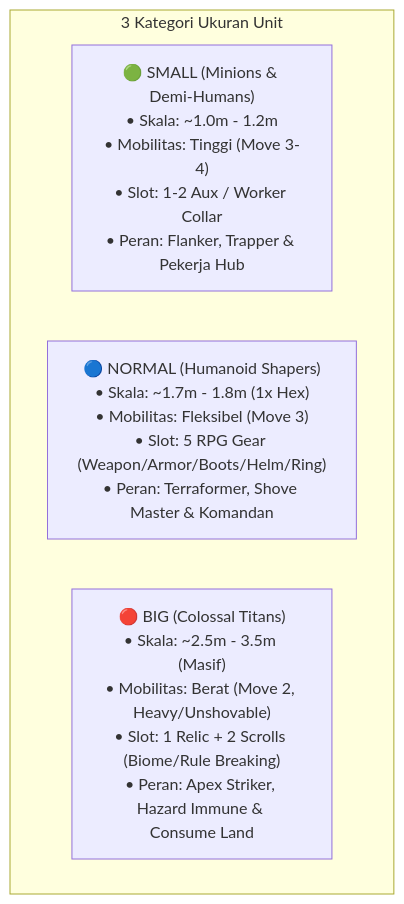
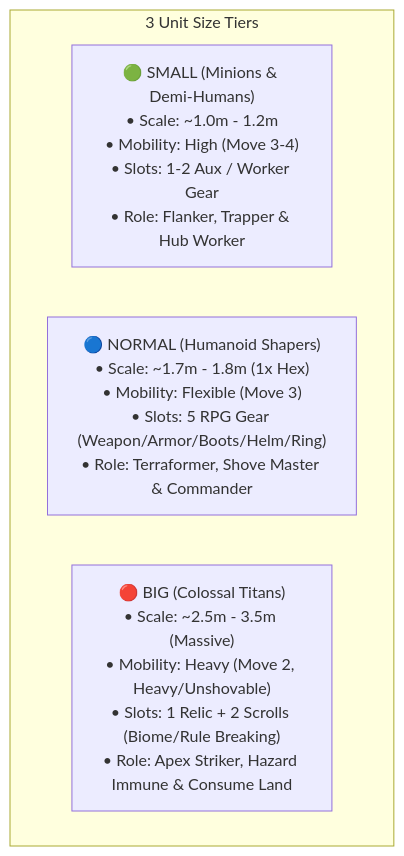
One commit to NealversePrime/ElementalHexTactics3D changed the first of 2 diagrams in wiki/04-Units-and-Attunement.md. Above: the diagram before and after it, drawn with Mermaid. The commit also changed other lines of this file and 2 other files, not shown here.

````diff
--- a/wiki/04-Units-and-Attunement.md
+++ b/wiki/04-Units-and-Attunement.md
@@ -11,8 +11,8 @@
 ```mermaid
 flowchart TD
-    subgraph UnitSizes["3 Kategori Ukuran Unit"]
-        S["🟢 SMALL (Minions & Demi-Humans)<br/>• Skala: ~1.0m - 1.2m<br/>• Mobilitas: Tinggi (Move 3-4)<br/>• Slot: 1-2 Aux / Worker Collar<br/>• Peran: Flanker, Trapper & Pekerja Hub"]
-        N["🔵 NORMAL (Humanoid Shapers)<br/>• Skala: ~1.7m - 1.8m (1x Hex)<br/>• Mobilitas: Fleksibel (Move 3)<br/>• Slot: 5 RPG Gear (Weapon/Armor/Boots/Helm/Ring)<br/>• Peran: Terraformer, Shove Master & Komandan"]
-        B["🔴 BIG (Colossal Titans)<br/>• Skala: ~2.5m - 3.5m (Masif)<br/>• Mobilitas: Berat (Move 2, Heavy/Unshovable)<br/>• Slot: 1 Relic + 2 Scrolls (Biome/Rule Breaking)<br/>• Peran: Apex Striker, Hazard Immune & Consume Land"]
+    subgraph UnitSizes["3 Unit Size Tiers"]
+        S["🟢 SMALL (Minions & Demi-Humans)<br/>• Scale: ~1.0m - 1.2m<br/>• Mobility: High (Move 3-4)<br/>• Slots: 1-2 Aux / Worker Gear<br/>• Role: Flanker, Trapper & Hub Worker"]
+        N["🔵 NORMAL (Humanoid Shapers)<br/>• Scale: ~1.7m - 1.8m (1x Hex)<br/>• Mobility: Flexible (Move 3)<br/>• Slots: 5 RPG Gear (Weapon/Armor/Boots/Helm/Ring)<br/>• Role: Terraformer, Shove Master & Commander"]
+        B["🔴 BIG (Colossal Titans)<br/>• Scale: ~2.5m - 3.5m (Massive)<br/>• Mobility: Heavy (Move 2, Heavy/Unshovable)<br/>• Slots: 1 Relic + 2 Scrolls (Biome/Rule Breaking)<br/>• Role: Apex Striker, Hazard Immune & Consume Land"]
     end
 ```
````
